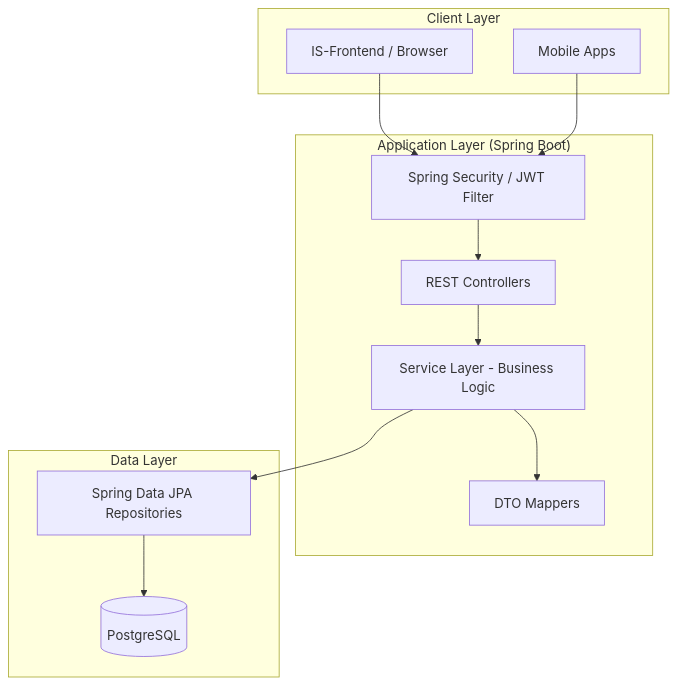
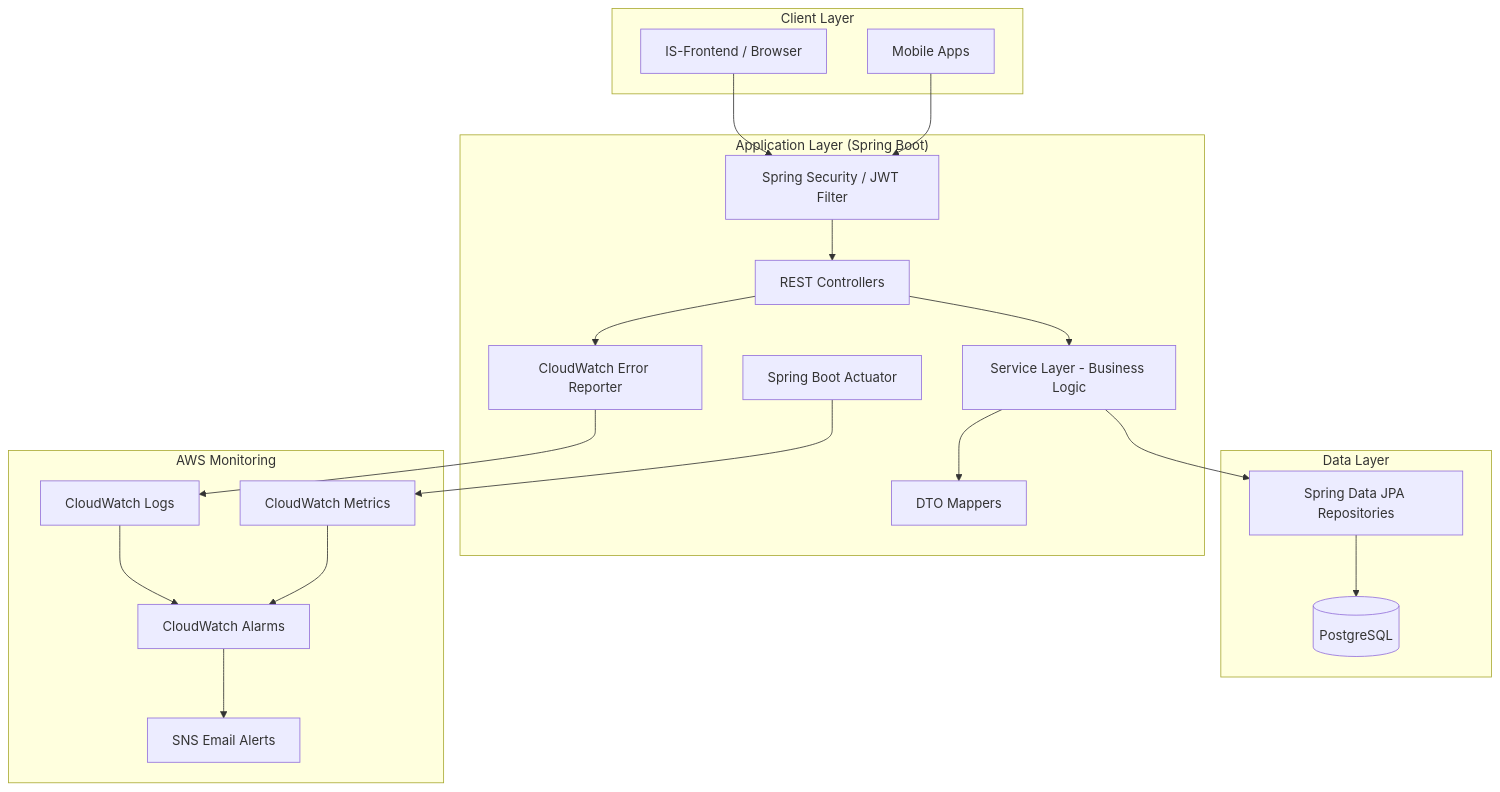
Before and after one commit to ISTEAMX/IS-Backend: the diagram in docs/ARCHITECTURE.md, drawn with Mermaid. The commit also changed other lines of this file and 8 other files, not shown here.

Commit message:
IST-20: add CloudWatch error tracking, Actuator health endpoints, and monitoring API

````diff
--- a/docs/ARCHITECTURE.md
+++ b/docs/ARCHITECTURE.md
@@ -25,27 +27,42 @@
 ```mermaid
 graph TD
     subgraph "Client Layer"
         Web[IS-Frontend / Browser]
         Mobile[Mobile Apps]
     end
 
     subgraph "Application Layer (Spring Boot)"
         Controller[REST Controllers]
         Security[Spring Security / JWT Filter]
         Service[Service Layer - Business Logic]
         Mapper[DTO Mappers]
+        Monitoring[CloudWatch Error Reporter]
+        Actuator[Spring Boot Actuator]
     end
 
     subgraph "Data Layer"
         Repo[Spring Data JPA Repositories]
         DB[(PostgreSQL)]
+    end
+
+    subgraph "AWS Monitoring"
+        CWLogs[CloudWatch Logs]
+        CWMetrics[CloudWatch Metrics]
+        CWAlarms[CloudWatch Alarms]
+        SNS[SNS Email Alerts]
     end
 
     Web --> Security
     Mobile --> Security
     Security --> Controller
     Controller --> Service
     Service --> Repo
     Repo --> DB
     Service --> Mapper
+    Controller --> Monitoring
+    Monitoring --> CWLogs
+    Actuator --> CWMetrics
+    CWLogs --> CWAlarms
+    CWMetrics --> CWAlarms
+    CWAlarms --> SNS
 ```
````
